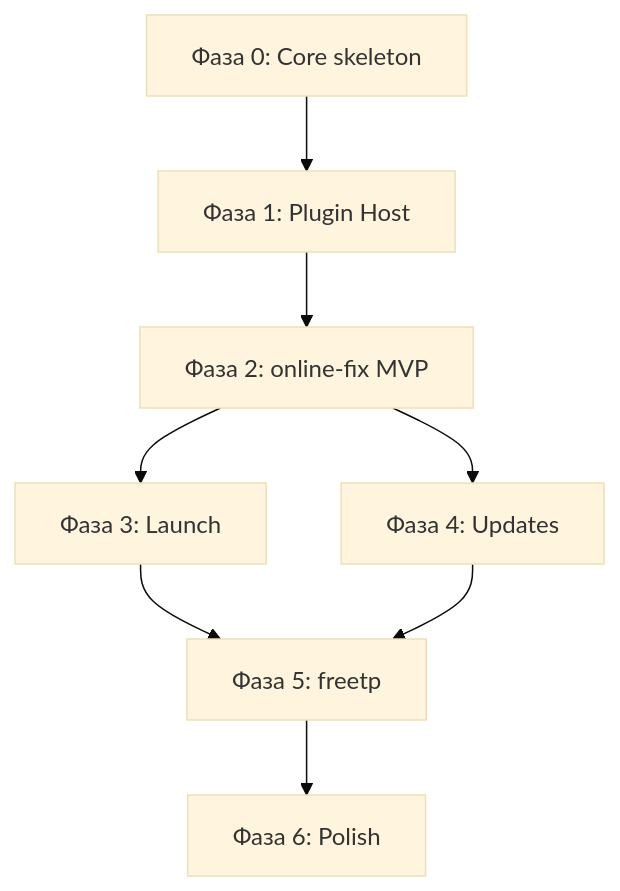
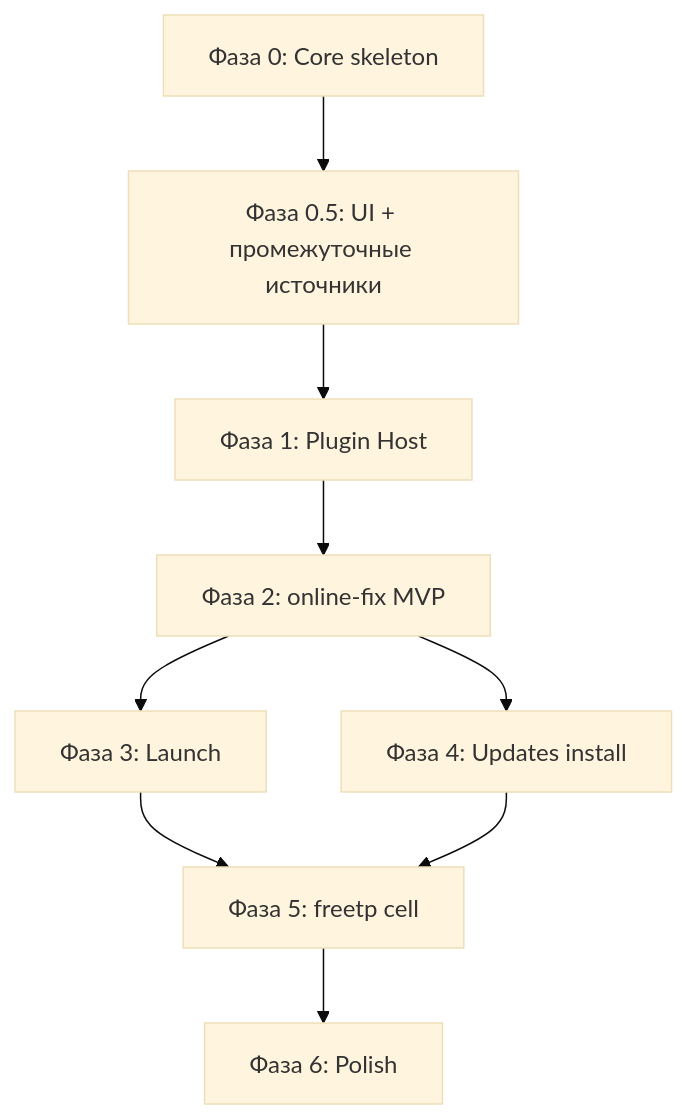
Before and after one commit to BadKiko/Arachnel: the diagram in docs/ROADMAP.md, drawn with Mermaid (base theme). The commit also changed other lines of this file and 6 other files, not shown here.

First line of the commit message:
feat(docs): update README and architecture documentation for clarity and structure

````diff
--- a/docs/ROADMAP.md
+++ b/docs/ROADMAP.md
@@ -215,10 +130,11 @@
 ```mermaid
 flowchart TD
-    P0[Фаза 0: Core skeleton] --> P1[Фаза 1: Plugin Host]
+    P0[Фаза 0: Core skeleton] --> P0b[Фаза 0.5: UI + промежуточные источники]
+    P0b --> P1[Фаза 1: Plugin Host]
     P1 --> P2[Фаза 2: online-fix MVP]
     P2 --> P3[Фаза 3: Launch]
-    P2 --> P4[Фаза 4: Updates]
-    P3 --> P5[Фаза 5: freetp]
+    P2 --> P4[Фаза 4: Updates install]
+    P3 --> P5[Фаза 5: freetp cell]
     P4 --> P5
     P5 --> P6[Фаза 6: Polish]
 ```
````
